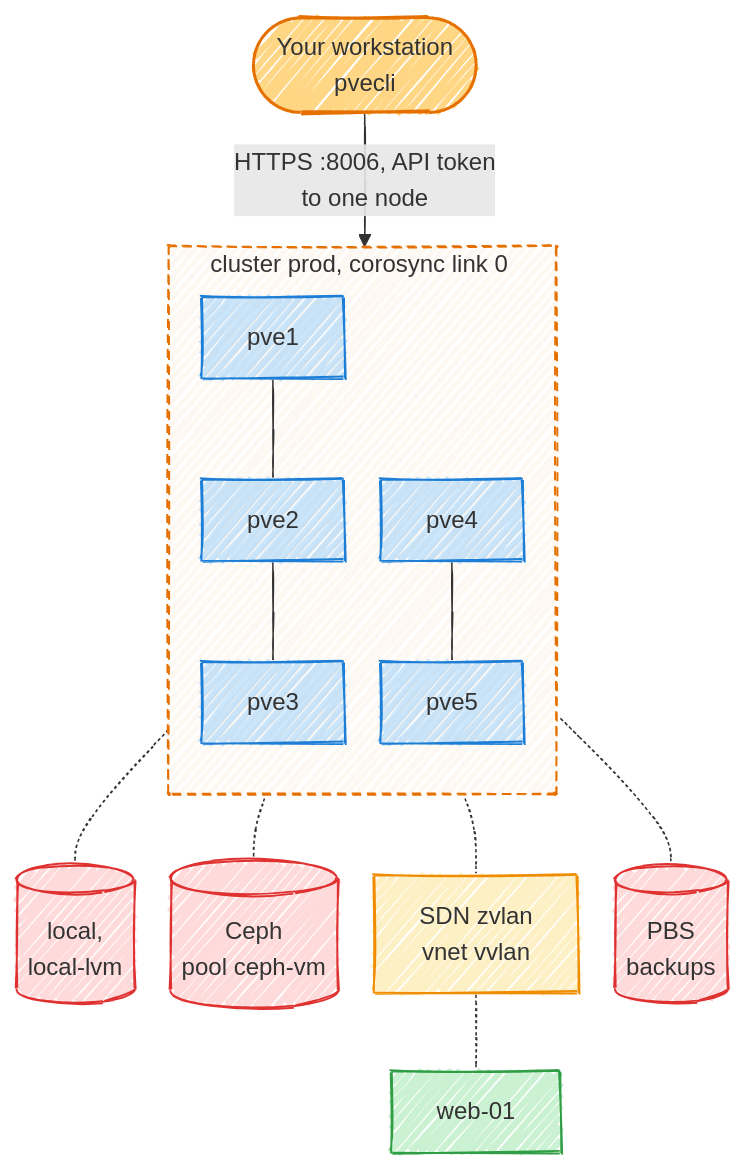
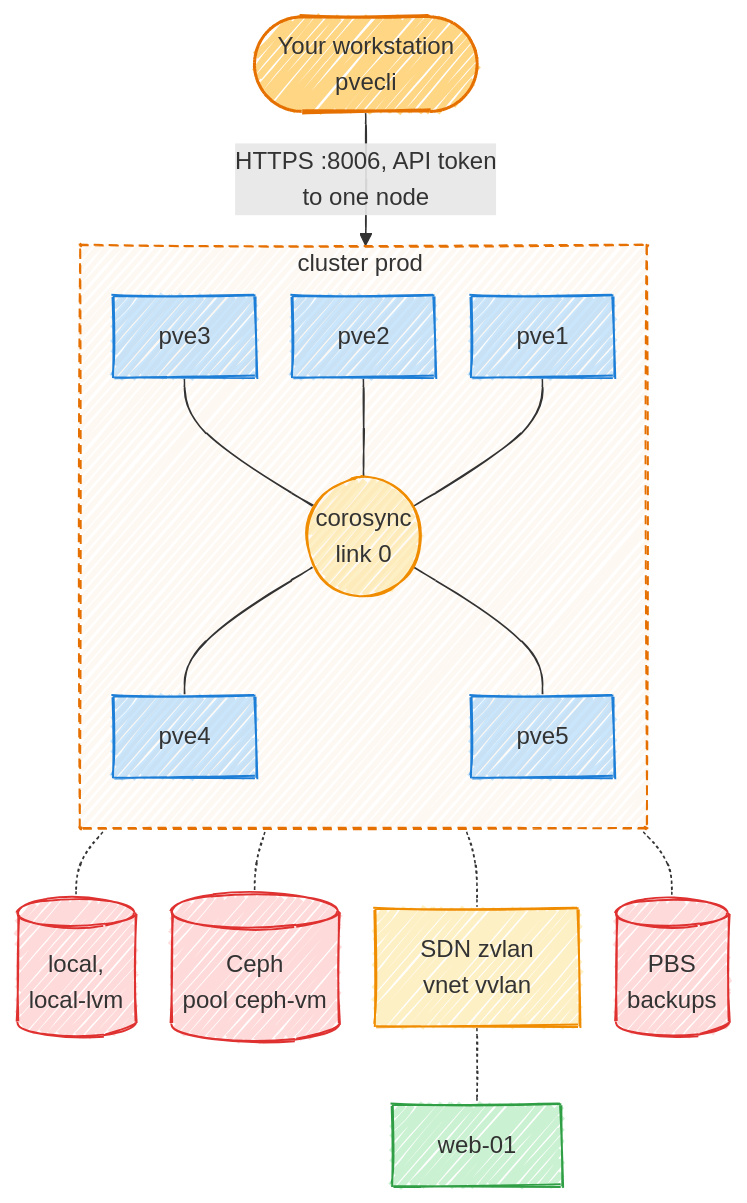
The diagram in docs/infrastructure/index.md (Helphyy/pvecli), drawn with Mermaid before and after one commit. The commit also changed 4 other files, not shown here.

````diff
--- a/docs/infrastructure/index.md
+++ b/docs/infrastructure/index.md
@@ -15,31 +15,35 @@
 ```mermaid
 ---
 config:
   look: handDrawn
   flowchart:
     curve: basis
     nodeSpacing: 22
     rankSpacing: 40
 ---
 flowchart TB
   you(["Your workstation<br/>pvecli"]):::pv
   you -- "HTTPS :8006, API token<br/>to one node" --> prod
-  subgraph prod ["cluster prod, corosync link 0#nbsp;"]
+  subgraph prod ["cluster prod#nbsp;"]
     direction TB
-    p1["pve1"]:::host --- p2["pve2"]:::host --- p3["pve3"]:::host
-    p4["pve4"]:::host --- p5["pve5"]:::host
+    %% Declared last to first: the layout lays the nodes above the hub out in reverse
+    p3["pve3"]:::host --- lan(("corosync<br/>link 0")):::net
+    p2["pve2"]:::host --- lan
+    p1["pve1"]:::host --- lan
+    lan --- p4["pve4"]:::host
+    lan --- p5["pve5"]:::host
   end
   prod -.- local[("local,<br/>local-lvm")]:::store
   prod -.- ceph[("Ceph<br/>pool ceph-vm")]:::store
   prod -.- sdn["SDN zvlan<br/>vnet vvlan"]:::net
   sdn -.- vm1["web-01"]:::vm
   prod -.- pbs[("PBS<br/>backups")]:::store
 
   classDef pv fill:#ffae0b80,stroke:#e57000,stroke-width:2px
   classDef host fill:#4dabf74d,stroke:#1c7ed6
   classDef vm fill:#51cf664d,stroke:#2f9e44
   classDef net fill:#fcc41940,stroke:#f08c00
   classDef store fill:#ff6b6b40,stroke:#e03131
   classDef zone fill:#e570000d,stroke:#e57000,stroke-dasharray:6 4
   class prod zone
 ```
````
